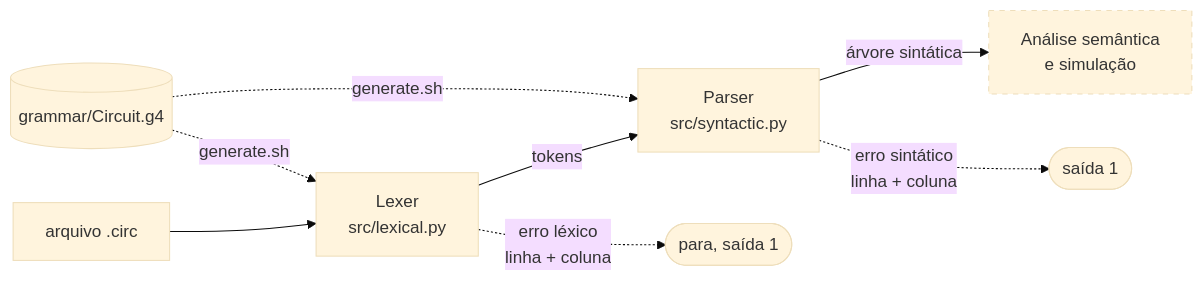
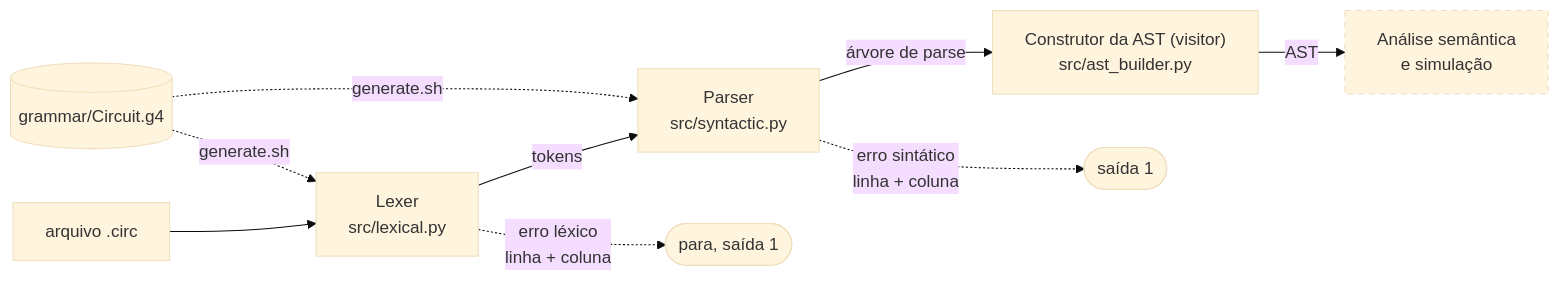
The diagram in README.pt-BR.md (Luckleal/circuito-lang), drawn with Mermaid (base theme) before and after one commit. The commit also changed other lines of this file and 2 other files, not shown here.

First line of the commit message:
Document the AST and the visitor

````diff
--- a/README.pt-BR.md
+++ b/README.pt-BR.md
@@ -129,12 +131,13 @@
 ```mermaid
 flowchart LR
     A["arquivo .circ"] --> B["Lexer<br/>src/lexical.py"]
     B -- "tokens" --> C["Parser<br/>src/syntactic.py"]
     B -. "erro léxico<br/>linha + coluna" .-> E1(["para, saída 1"])
-    C -- "árvore sintática" --> D["Análise semântica<br/>e simulação"]
+    C -- "árvore de parse" --> V["Construtor da AST (visitor)<br/>src/ast_builder.py"]
+    V -- "AST" --> D["Análise semântica<br/>e simulação"]
     C -. "erro sintático<br/>linha + coluna" .-> E2(["saída 1"])
     G[("grammar/Circuit.g4")] -. "generate.sh" .-> B
     G -. "generate.sh" .-> C
     classDef todo stroke-dasharray: 5 5
     class D todo
 ```
````
